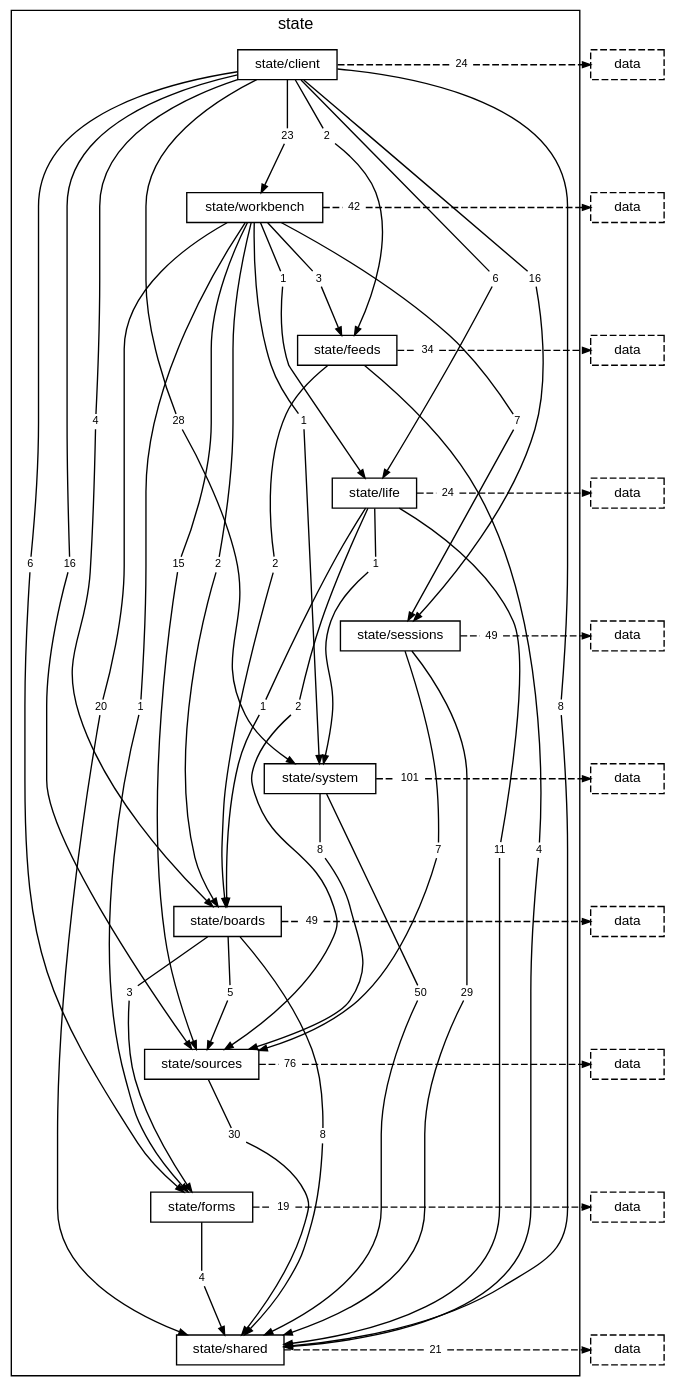
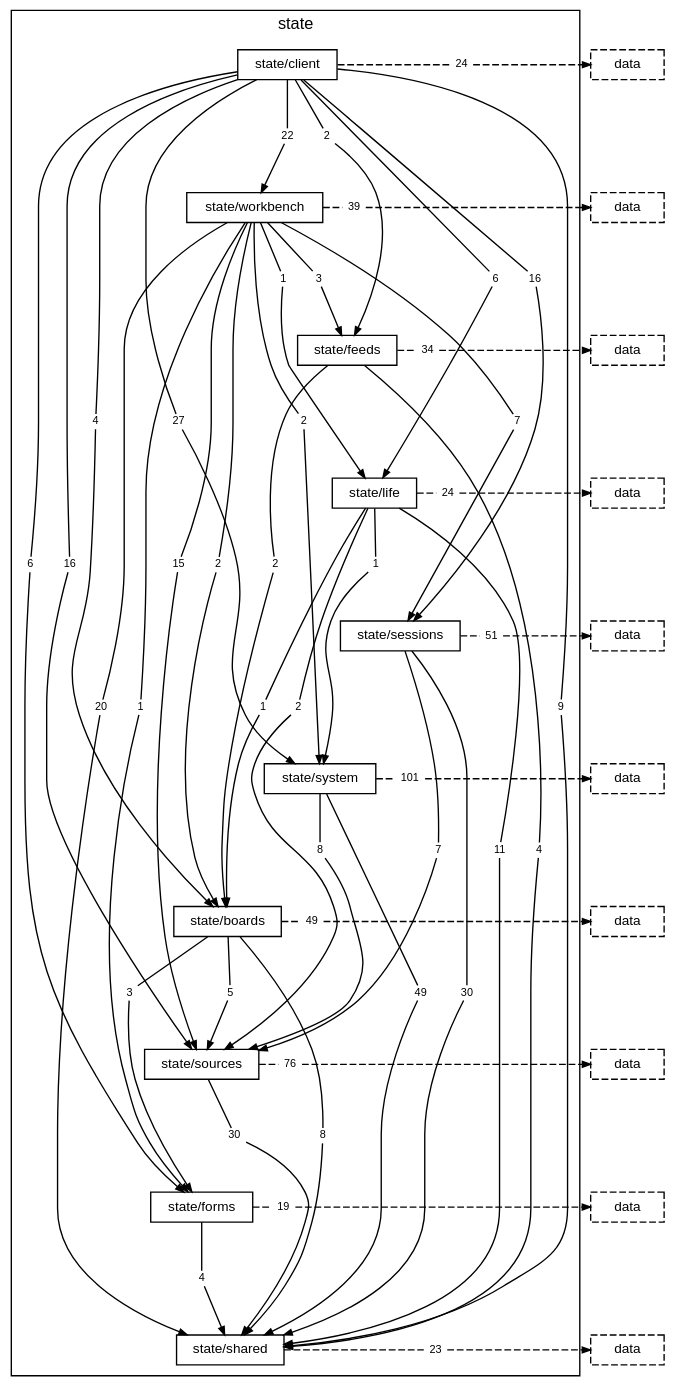
The diagram in docs/diagrams/layer-state.dot (TheAxeC/oculus), drawn with Graphviz before and after one commit. The commit also changed 503 other files, not shown here.

```diff
--- a/docs/diagrams/layer-state.dot
+++ b/docs/diagrams/layer-state.dot
@@ -19,10 +19,10 @@
         "folder state/client to folder state/forms" [label="6", shape=box, color="transparent", fontsize=8, width=0, height=0, margin="0.04,0.02"];
         "folder state/client to folder state/life" [label="6", shape=box, color="transparent", fontsize=8, width=0, height=0, margin="0.04,0.02"];
         "folder state/client to folder state/sessions" [label="16", shape=box, color="transparent", fontsize=8, width=0, height=0, margin="0.04,0.02"];
-        "folder state/client to folder state/shared" [label="8", shape=box, color="transparent", fontsize=8, width=0, height=0, margin="0.04,0.02"];
+        "folder state/client to folder state/shared" [label="9", shape=box, color="transparent", fontsize=8, width=0, height=0, margin="0.04,0.02"];
         "folder state/client to folder state/sources" [label="16", shape=box, color="transparent", fontsize=8, width=0, height=0, margin="0.04,0.02"];
-        "folder state/client to folder state/system" [label="28", shape=box, color="transparent", fontsize=8, width=0, height=0, margin="0.04,0.02"];
-        "folder state/client to folder state/workbench" [label="23", shape=box, color="transparent", fontsize=8, width=0, height=0, margin="0.04,0.02"];
+        "folder state/client to folder state/system" [label="27", shape=box, color="transparent", fontsize=8, width=0, height=0, margin="0.04,0.02"];
+        "folder state/client to folder state/workbench" [label="22", shape=box, color="transparent", fontsize=8, width=0, height=0, margin="0.04,0.02"];
         "folder state/client to layer data" [label="24", shape=box, color="transparent", fontsize=8, width=0, height=0, margin="0.04,0.02"];
         "folder state/workbench to folder state/boards" [label="2", shape=box, color="transparent", fontsize=8, width=0, height=0, margin="0.04,0.02"];
         "folder state/workbench to folder state/feeds" [label="3", shape=box, color="transparent", fontsize=8, width=0, height=0, margin="0.04,0.02"];
@@ -31,8 +31,8 @@
         "folder state/workbench to folder state/sessions" [label="7", shape=box, color="transparent", fontsize=8, width=0, height=0, margin="0.04,0.02"];
         "folder state/workbench to folder state/shared" [label="20", shape=box, color="transparent", fontsize=8, width=0, height=0, margin="0.04,0.02"];
         "folder state/workbench to folder state/sources" [label="15", shape=box, color="transparent", fontsize=8, width=0, height=0, margin="0.04,0.02"];
-        "folder state/workbench to folder state/system" [label="1", shape=box, color="transparent", fontsize=8, width=0, height=0, margin="0.04,0.02"];
-        "folder state/workbench to layer data" [label="42", shape=box, color="transparent", fontsize=8, width=0, height=0, margin="0.04,0.02"];
+        "folder state/workbench to folder state/system" [label="2", shape=box, color="transparent", fontsize=8, width=0, height=0, margin="0.04,0.02"];
+        "folder state/workbench to layer data" [label="39", shape=box, color="transparent", fontsize=8, width=0, height=0, margin="0.04,0.02"];
         "folder state/feeds to folder state/boards" [label="2", shape=box, color="transparent", fontsize=8, width=0, height=0, margin="0.04,0.02"];
         "folder state/feeds to folder state/shared" [label="4", shape=box, color="transparent", fontsize=8, width=0, height=0, margin="0.04,0.02"];
         "folder state/feeds to layer data" [label="34", shape=box, color="transparent", fontsize=8, width=0, height=0, margin="0.04,0.02"];
@@ -41,10 +41,10 @@
         "folder state/life to folder state/sources" [label="2", shape=box, color="transparent", fontsize=8, width=0, height=0, margin="0.04,0.02"];
         "folder state/life to folder state/system" [label="1", shape=box, color="transparent", fontsize=8, width=0, height=0, margin="0.04,0.02"];
         "folder state/life to layer data" [label="24", shape=box, color="transparent", fontsize=8, width=0, height=0, margin="0.04,0.02"];
-        "folder state/sessions to folder state/shared" [label="29", shape=box, color="transparent", fontsize=8, width=0, height=0, margin="0.04,0.02"];
+        "folder state/sessions to folder state/shared" [label="30", shape=box, color="transparent", fontsize=8, width=0, height=0, margin="0.04,0.02"];
         "folder state/sessions to folder state/sources" [label="7", shape=box, color="transparent", fontsize=8, width=0, height=0, margin="0.04,0.02"];
-        "folder state/sessions to layer data" [label="49", shape=box, color="transparent", fontsize=8, width=0, height=0, margin="0.04,0.02"];
-        "folder state/system to folder state/shared" [label="50", shape=box, color="transparent", fontsize=8, width=0, height=0, margin="0.04,0.02"];
+        "folder state/sessions to layer data" [label="51", shape=box, color="transparent", fontsize=8, width=0, height=0, margin="0.04,0.02"];
+        "folder state/system to folder state/shared" [label="49", shape=box, color="transparent", fontsize=8, width=0, height=0, margin="0.04,0.02"];
         "folder state/system to folder state/sources" [label="8", shape=box, color="transparent", fontsize=8, width=0, height=0, margin="0.04,0.02"];
         "folder state/system to layer data" [label="101", shape=box, color="transparent", fontsize=8, width=0, height=0, margin="0.04,0.02"];
         "folder state/boards to folder state/forms" [label="3", shape=box, color="transparent", fontsize=8, width=0, height=0, margin="0.04,0.02"];
@@ -55,7 +55,7 @@
         "folder state/sources to layer data" [label="76", shape=box, color="transparent", fontsize=8, width=0, height=0, margin="0.04,0.02"];
         "folder state/forms to folder state/shared" [label="4", shape=box, color="transparent", fontsize=8, width=0, height=0, margin="0.04,0.02"];
         "folder state/forms to layer data" [label="19", shape=box, color="transparent", fontsize=8, width=0, height=0, margin="0.04,0.02"];
-        "folder state/shared to layer data" [label="21", shape=box, color="transparent", fontsize=8, width=0, height=0, margin="0.04,0.02"];
+        "folder state/shared to layer data" [label="23", shape=box, color="transparent", fontsize=8, width=0, height=0, margin="0.04,0.02"];
     }
     "layer data from folder state/client" [label="data", style=dashed];
     "layer data from folder state/workbench" [label="data", style=dashed];
```
